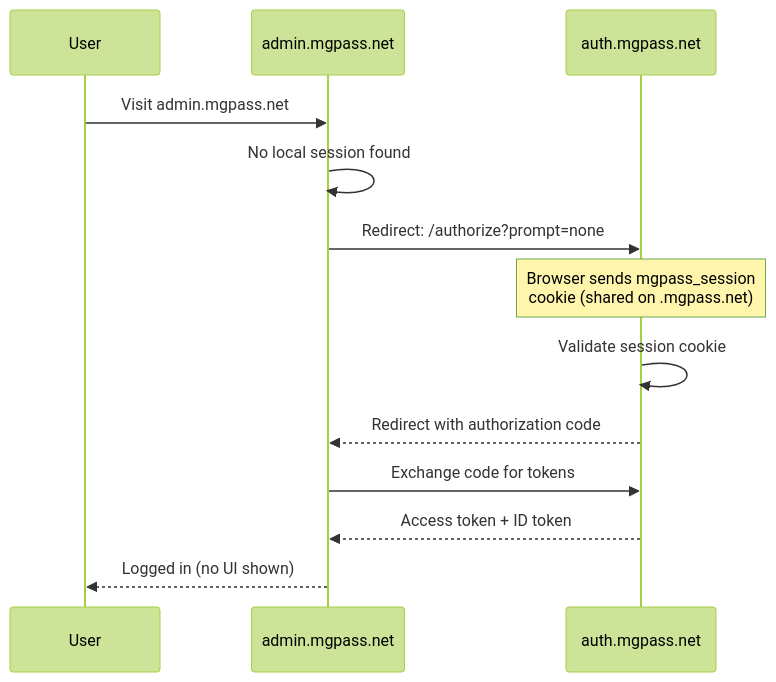
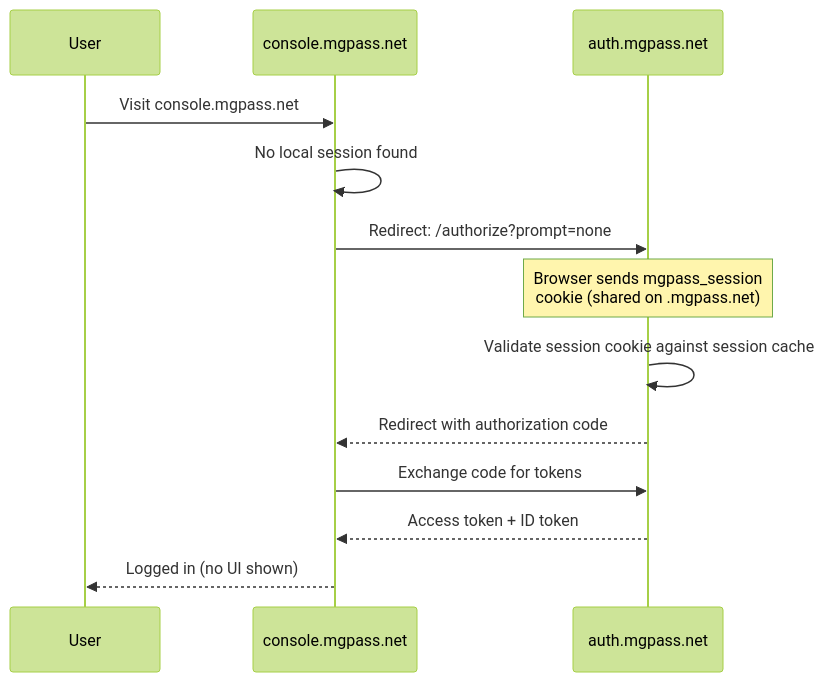
The first of 3 diagrams in guides/sso.mdx (mgdmdev/docs), drawn with Mermaid (forest theme) before and after one commit. The commit also changed other lines of this file and 29 other files, not shown here.

````diff
--- a/guides/sso.mdx
+++ b/guides/sso.mdx
@@ -51,16 +51,16 @@
 ```mermaid
 sequenceDiagram
     participant User
-    participant Admin as admin.mgpass.net
+    participant Console as console.mgpass.net
     participant Auth as auth.mgpass.net
 
-    User->>Admin: Visit admin.mgpass.net
-    Admin->>Admin: No local session found
-    Admin->>Auth: Redirect: /authorize?prompt=none
+    User->>Console: Visit console.mgpass.net
+    Console->>Console: No local session found
+    Console->>Auth: Redirect: /authorize?prompt=none
     Note over Auth: Browser sends mgpass_session<br/>cookie (shared on .mgpass.net)
-    Auth->>Auth: Validate session cookie
-    Auth-->>Admin: Redirect with authorization code
-    Admin->>Auth: Exchange code for tokens
-    Auth-->>Admin: Access token + ID token
-    Admin-->>User: Logged in (no UI shown)
+    Auth->>Auth: Validate session cookie against session cache
+    Auth-->>Console: Redirect with authorization code
+    Console->>Auth: Exchange code for tokens
+    Auth-->>Console: Access token + ID token
+    Console-->>User: Logged in (no UI shown)
 ```
````
